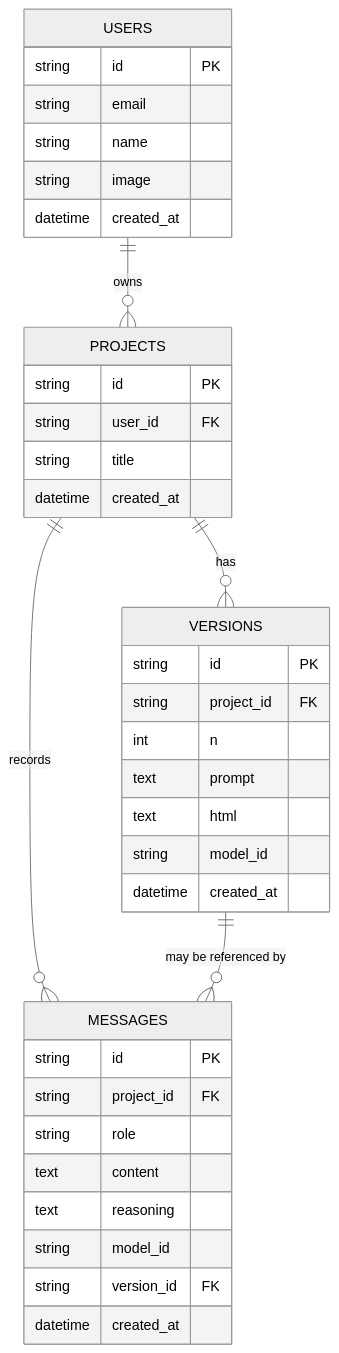
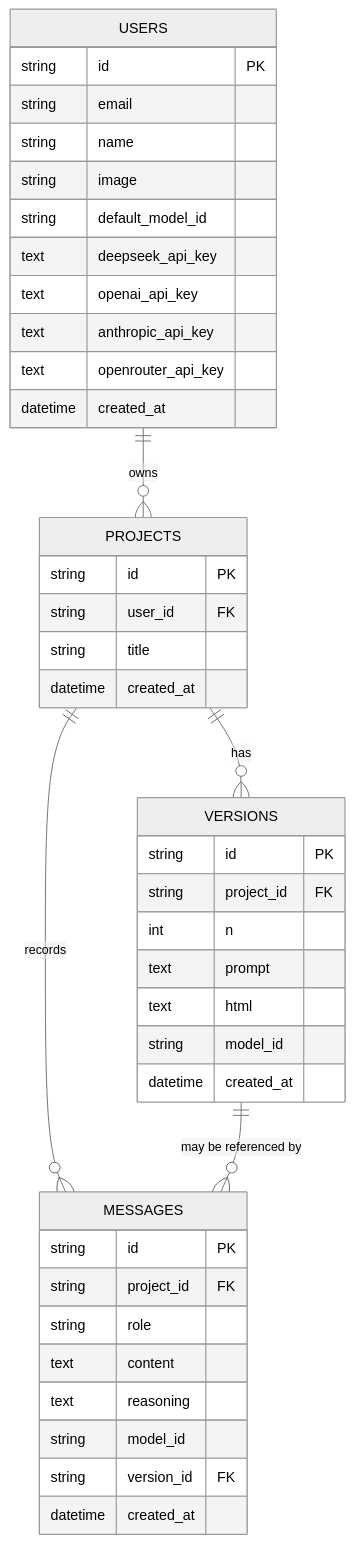
One commit to yongjin-huang/atoms-demo changed the second of 6 diagrams in docs/ARCHITECTURE.md. Above: the diagram before and after it, drawn with Mermaid (neutral theme). The commit also changed other lines of this file and 16 other files, not shown here.

````diff
--- a/docs/ARCHITECTURE.md
+++ b/docs/ARCHITECTURE.md
@@ -57,43 +57,48 @@
 ```mermaid
 erDiagram
   USERS ||--o{ PROJECTS : owns
   PROJECTS ||--o{ VERSIONS : has
   PROJECTS ||--o{ MESSAGES : records
   VERSIONS ||--o{ MESSAGES : "may be referenced by"
 
   USERS {
     string id PK
     string email
     string name
     string image
+    string default_model_id
+    text deepseek_api_key
+    text openai_api_key
+    text anthropic_api_key
+    text openrouter_api_key
     datetime created_at
   }
 
   PROJECTS {
     string id PK
     string user_id FK
     string title
     datetime created_at
   }
 
   VERSIONS {
     string id PK
     string project_id FK
     int n
     text prompt
     text html
     string model_id
     datetime created_at
   }
 
   MESSAGES {
     string id PK
     string project_id FK
     string role
     text content
     text reasoning
     string model_id
     string version_id FK
     datetime created_at
   }
 ```
````
